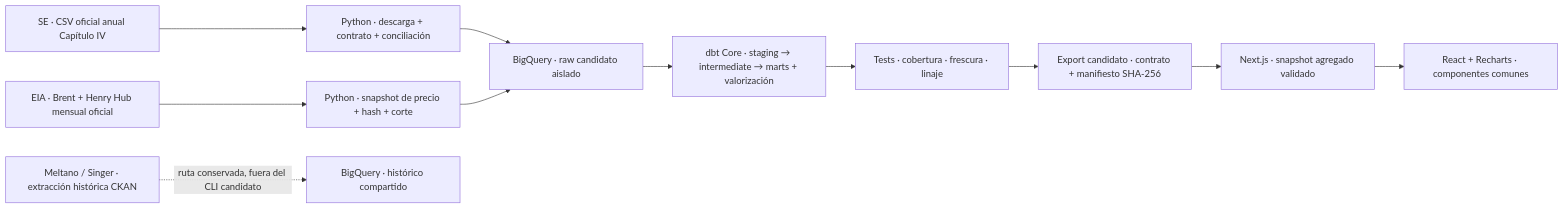
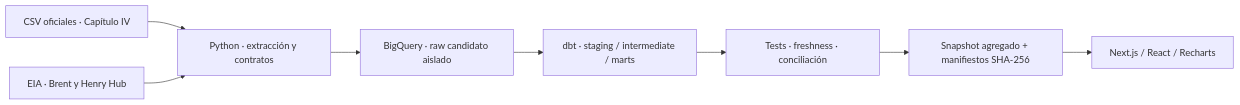
One commit to nrohland/vaca-muerta-en-datos changed the diagram in README.md. Above: the diagram before and after it, drawn with Mermaid. The commit also changed other lines of this file and 255 other files, not shown here.

````diff
--- a/README.md
+++ b/README.md
@@ -39,13 +38,10 @@
 ```mermaid
 flowchart LR
-  SE["SE · CSV oficial anual Capítulo IV"] --> EX["Python · descarga + contrato + conciliación"]
-  EIA["EIA · Brent + Henry Hub mensual oficial"] --> PX["Python · snapshot de precio + hash + corte"]
-  EX --> RAW["BigQuery · raw candidato aislado"]
-  PX --> RAW
-  RAW --> DBT["dbt Core · staging → intermediate → marts + valorización"]
-  DBT --> CHECK["Tests · cobertura · frescura · linaje"]
-  CHECK --> REL["Export candidato · contrato + manifiesto SHA-256"]
-  REL --> WEB["Next.js · snapshot agregado validado"]
-  WEB --> UI["React + Recharts · componentes comunes"]
-  LEGACY["Meltano / Singer · extracción histórica CKAN"] -. "ruta conservada, fuera del CLI candidato" .-> RAWOLD["BigQuery · histórico compartido"]
+  SE["CSV oficiales · Capítulo IV"] --> PY["Python · extracción y contratos"]
+  EIA["EIA · Brent y Henry Hub"] --> PY
+  PY --> RAW["BigQuery · raw candidato aislado"]
+  RAW --> DBT["dbt · staging / intermediate / marts"]
+  DBT --> QA["Tests · freshness · conciliación"]
+  QA --> JSON["Snapshot agregado + manifiestos SHA-256"]
+  JSON --> UI["Next.js / React / Recharts"]
 ```
````
